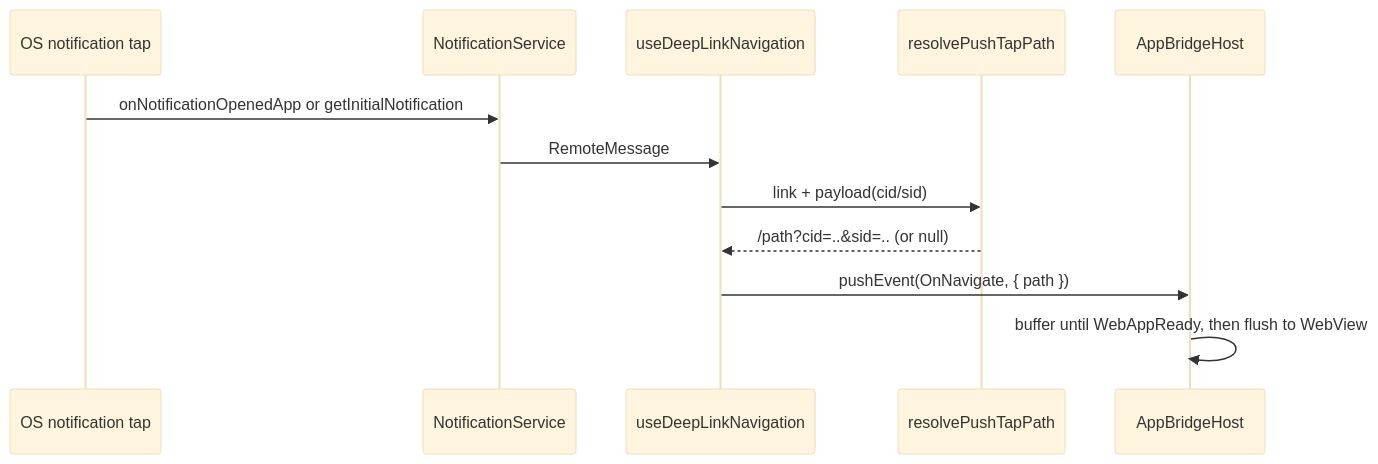
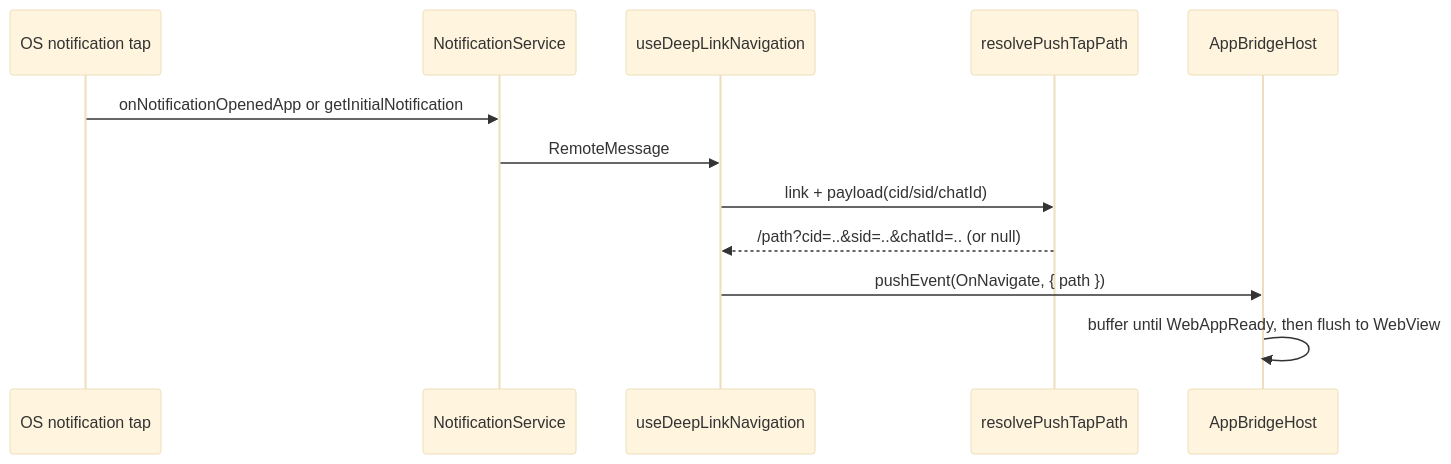
The fourth of 4 diagrams in apps/mobile/docs/push/README.md (lemoncloud-io/dou-app), drawn with Mermaid (base theme) before and after one commit. The commit also changed other lines of this file and 21 other files, not shown here.

````diff
--- a/apps/mobile/docs/push/README.md
+++ b/apps/mobile/docs/push/README.md
@@ -233,15 +238,15 @@
 ```mermaid
 sequenceDiagram
     participant OS as OS notification tap
     participant Service as NotificationService
     participant Handler as useDeepLinkNavigation
     participant Resolve as resolvePushTapPath
     participant Bridge as AppBridgeHost
 
     OS->>Service: onNotificationOpenedApp or getInitialNotification
     Service->>Handler: RemoteMessage
-    Handler->>Resolve: link + payload(cid/sid)
-    Resolve-->>Handler: /path?cid=..&sid=.. (or null)
+    Handler->>Resolve: link + payload(cid/sid/chatId)
+    Resolve-->>Handler: /path?cid=..&sid=..&chatId=.. (or null)
     Handler->>Bridge: pushEvent(OnNavigate, { path })
     Bridge->>Bridge: buffer until WebAppReady, then flush to WebView
 ```
````
